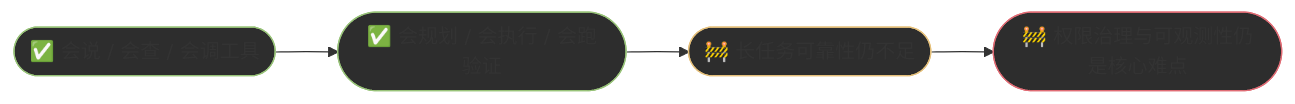
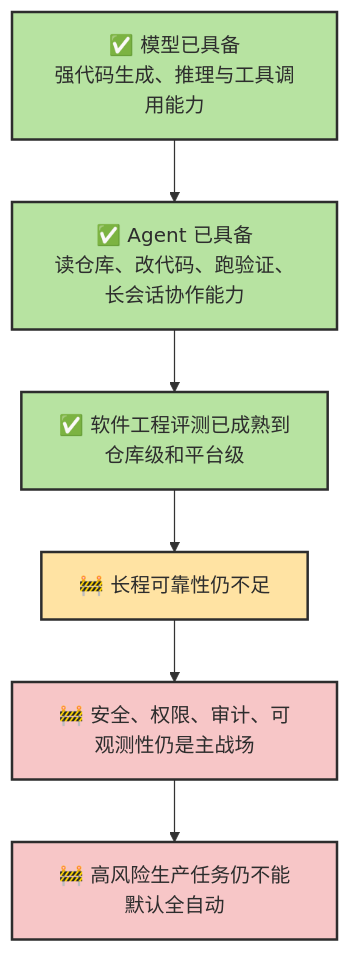
The fourth of 4 diagrams in docs/chapters/ch13-history.md (zht043/AgenticCodingTutorial), drawn with Mermaid before and after one commit. The commit also changed other lines of this file and 26 other files, not shown here.

````diff
--- a/docs/chapters/ch13-history.md
+++ b/docs/chapters/ch13-history.md
@@ -179,11 +566,15 @@
 ```mermaid
-flowchart LR
-    A(["✅ 会说 / 会查 / 会调工具"]) --> B(["✅ 会规划 / 会执行 / 会跑验证"])
-    B --> C(["🚧 长任务可靠性仍不足"])
-    C --> D(["🚧 权限治理与可观测性仍是核心难点"])
+flowchart TD
+    A["✅ 模型已具备<br/>强代码生成、推理与工具调用能力"] --> B["✅ Agent 已具备<br/>读仓库、改代码、跑验证、长会话协作能力"]
+    B --> C["✅ 软件工程评测已成熟到<br/>仓库级和平台级"]
+    C --> D["🚧 长程可靠性仍不足"]
+    D --> E["🚧 安全、权限、审计、可观测性仍是主战场"]
+    E --> F["🚧 高风险生产任务仍不能默认全自动"]
 
-    style A fill:#2d2d2d,stroke:#98c379
-    style B fill:#2d2d2d,stroke:#98c379
-    style C fill:#2d2d2d,stroke:#e5c07b
-    style D fill:#2d2d2d,stroke:#e06c75
+    style A fill:#b7e3a1,stroke:#2d2d2d,stroke-width:2px,color:#2d2d2d
+    style B fill:#b7e3a1,stroke:#2d2d2d,stroke-width:2px,color:#2d2d2d
+    style C fill:#b7e3a1,stroke:#2d2d2d,stroke-width:2px,color:#2d2d2d
+    style D fill:#ffe3a3,stroke:#2d2d2d,stroke-width:2px,color:#2d2d2d
+    style E fill:#f7c6c7,stroke:#2d2d2d,stroke-width:2px,color:#2d2d2d
+    style F fill:#f7c6c7,stroke:#2d2d2d,stroke-width:2px,color:#2d2d2d
 ```
````
